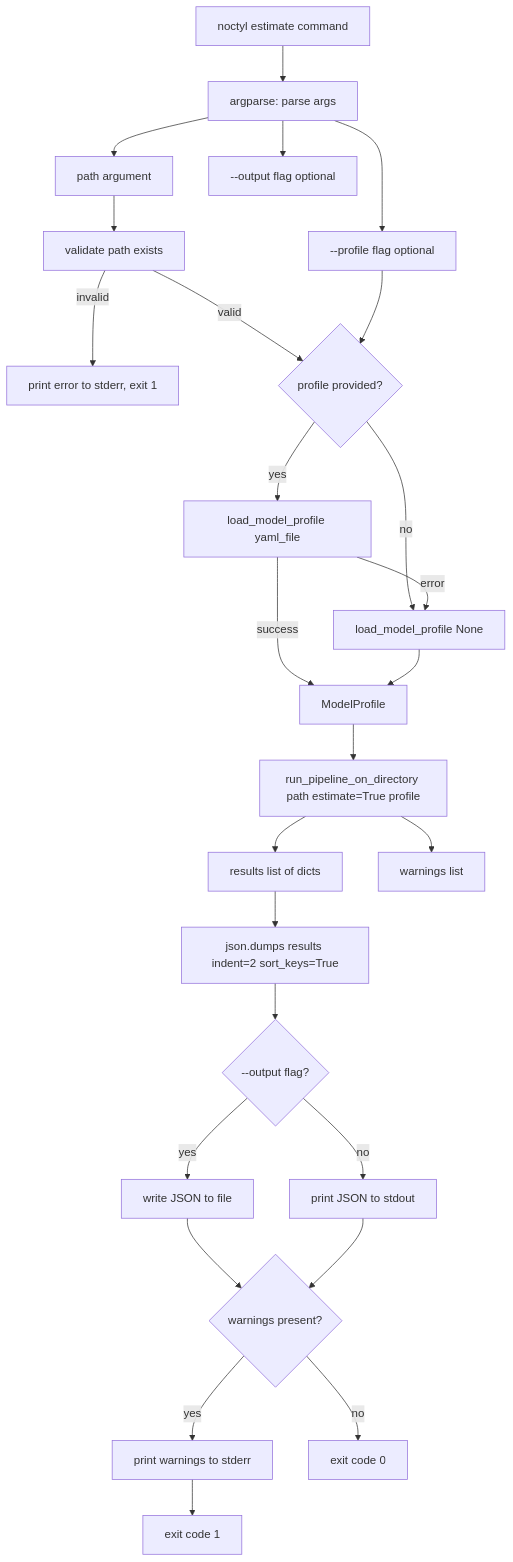
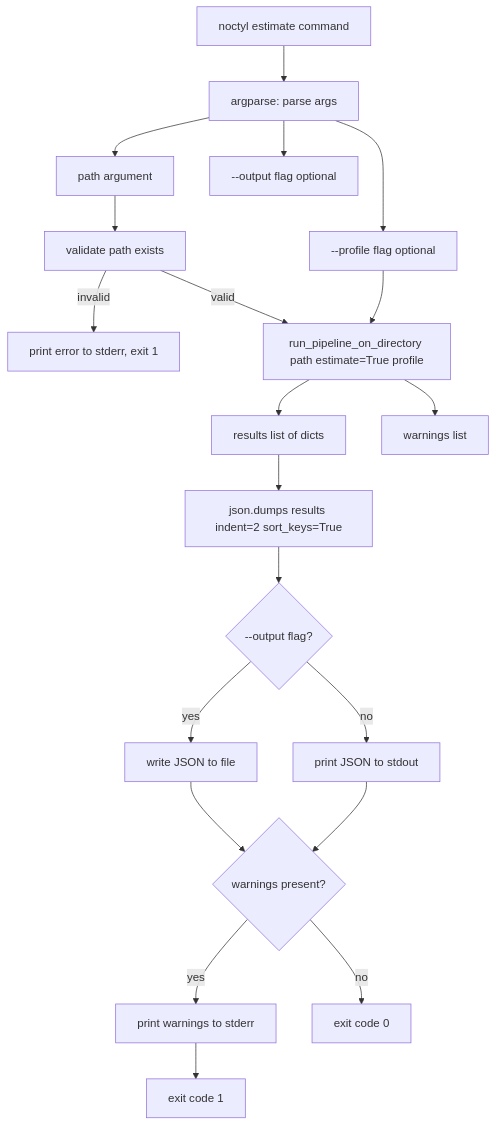
Diagram 22 of 22 in docs/flow-diagrams.md (xZiro-Lab/Noctyl), drawn with Mermaid before and after one commit. The commit also changed other lines of this file and 18 other files, not shown here.

````diff
--- a/docs/flow-diagrams.md
+++ b/docs/flow-diagrams.md
@@ -747,36 +764,28 @@
 ```mermaid
 flowchart TB
   CLI[noctyl estimate command] --> Parse[argparse: parse args]
   Parse --> PathArg[path argument]
   Parse --> ProfileFlag[--profile flag optional]
   Parse --> OutputFlag[--output flag optional]
   
   PathArg --> ValidatePath[validate path exists]
   ValidatePath -->|invalid| Error[print error to stderr, exit 1]
-  ValidatePath -->|valid| LoadProfile{profile provided?}
+  ValidatePath -->|valid| Pipeline[run_pipeline_on_directory path estimate=True profile]
   
-  ProfileFlag --> LoadProfile
-  LoadProfile -->|yes| LoadYAML[load_model_profile yaml_file]
-  LoadProfile -->|no| DefaultProfile[load_model_profile None]
-  
-  LoadYAML -->|error| DefaultProfile
-  LoadYAML -->|success| Profile[ModelProfile]
-  DefaultProfile --> Profile
-  
-  Profile --> Pipeline[run_pipeline_on_directory path estimate=True profile]
+  ProfileFlag --> Pipeline
   Pipeline --> Results[results list of dicts]
   Pipeline --> Warnings[warnings list]
   
   Results --> Serialize[json.dumps results indent=2 sort_keys=True]
   Serialize --> Output{--output flag?}
   
   Output -->|yes| WriteFile[write JSON to file]
   Output -->|no| PrintStdout[print JSON to stdout]
   
   WriteFile --> CheckWarnings{warnings present?}
   PrintStdout --> CheckWarnings
   
   CheckWarnings -->|yes| PrintStderr[print warnings to stderr]
   CheckWarnings -->|no| Exit0[exit code 0]
   PrintStderr --> Exit1[exit code 1]
 ```
````
